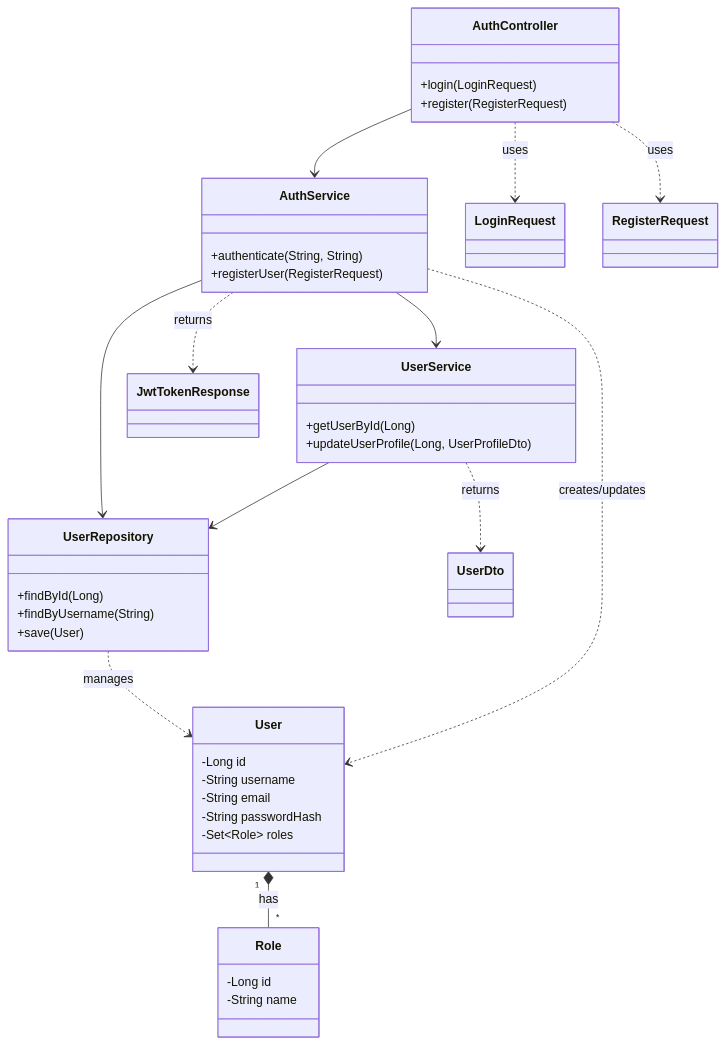
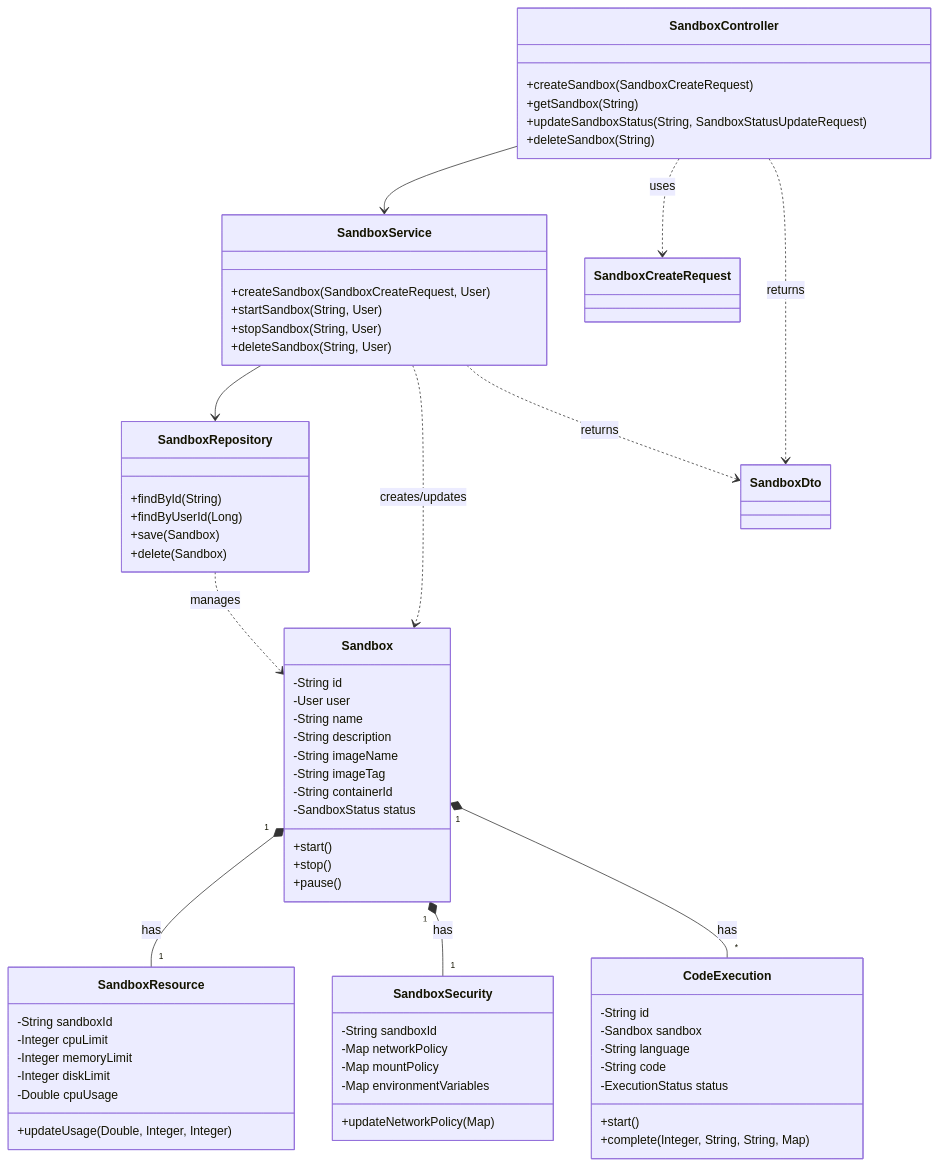
One commit to ms-build/agi-project changed the diagram in docs/design/object_model_design.md. Above: the diagram before and after it, drawn with Mermaid. The commit also changed other lines of this file and 4 other files, not shown here.

````diff
--- a/docs/design/object_model_design.md
+++ b/docs/design/object_model_design.md
@@ -917,46 +1589,71 @@
 ```mermaid
 classDiagram
-    class AuthController {
-        +login(LoginRequest)
-        +register(RegisterRequest)
+    class SandboxController {
+        +createSandbox(SandboxCreateRequest)
+        +getSandbox(String)
+        +updateSandboxStatus(String, SandboxStatusUpdateRequest)
+        +deleteSandbox(String)
     }
-    class AuthService {
-        +authenticate(String, String)
-        +registerUser(RegisterRequest)
+    class SandboxService {
+        +createSandbox(SandboxCreateRequest, User)
+        +startSandbox(String, User)
+        +stopSandbox(String, User)
+        +deleteSandbox(String, User)
     }
-    class UserService {
-        +getUserById(Long)
-        +updateUserProfile(Long, UserProfileDto)
+    class SandboxRepository {
+        +findById(String)
+        +findByUserId(Long)
+        +save(Sandbox)
+        +delete(Sandbox)
     }
-    class UserRepository {
-        +findById(Long)
-        +findByUsername(String)
-        +save(User)
+    class Sandbox {
+        -String id
+        -User user
+        -String name
+        -String description
+        -String imageName
+        -String imageTag
+        -String containerId
+        -SandboxStatus status
+        +start()
+        +stop()
+        +pause()
     }
-    class User {
-        -Long id
-        -String username
-        -String email
-        -String passwordHash
-        -Set~Role~ roles
+    class SandboxResource {
+        -String sandboxId
+        -Integer cpuLimit
+        -Integer memoryLimit
+        -Integer diskLimit
+        -Double cpuUsage
+        +updateUsage(Double, Integer, Integer)
     }
-    class Role {
-        -Long id
-        -String name
+    class SandboxSecurity {
+        -String sandboxId
+        -Map networkPolicy
+        -Map mountPolicy
+        -Map environmentVariables
+        +updateNetworkPolicy(Map)
     }
-    class LoginRequest
-    class RegisterRequest
-    class UserDto
+    class CodeExecution {
+        -String id
+        -Sandbox sandbox
+        -String language
+        -String code
+        -ExecutionStatus status
+        +start()
+        +complete(Integer, String, String, Map)
+    }
+    class SandboxCreateRequest
+    class SandboxDto
 
-    AuthController --> AuthService
-    AuthService --> UserRepository
-    AuthService --> UserService
-    UserService --> UserRepository
-    UserRepository ..> User : manages
-    User "1" *-- "*" Role : has
-    AuthService ..> User : creates/updates
-    AuthService ..> JwtTokenResponse : returns
-    AuthController ..> LoginRequest : uses
-    AuthController ..> RegisterRequest : uses
-    UserService ..> UserDto : returns
+    SandboxController --> SandboxService
+    SandboxService --> SandboxRepository
+    SandboxRepository ..> Sandbox : manages
+    Sandbox "1" *-- "1" SandboxResource : has
+    Sandbox "1" *-- "1" SandboxSecurity : has
+    Sandbox "1" *-- "*" CodeExecution : has
+    SandboxService ..> Sandbox : creates/updates
+    SandboxService ..> SandboxDto : returns
+    SandboxController ..> SandboxCreateRequest : uses
+    SandboxController ..> SandboxDto : returns
 ```
````
